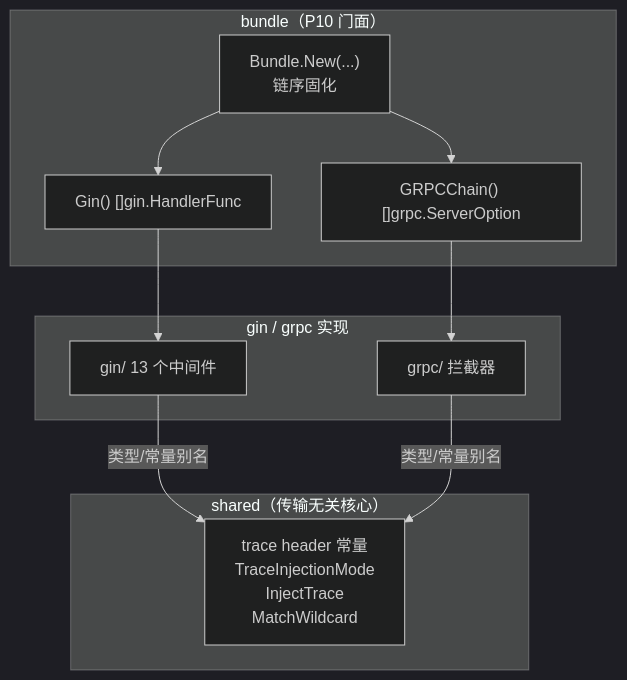
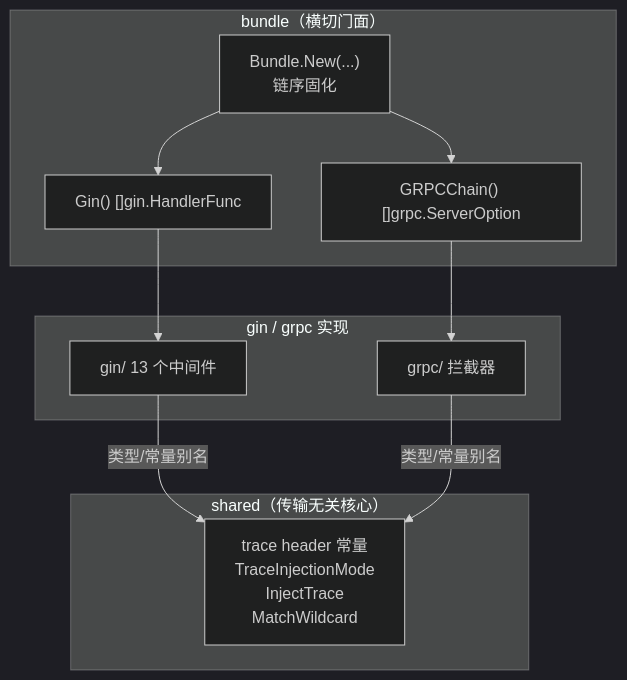
Before and after one commit to kalandramo/bald: the diagram in docs/devel/zh-CN/Bald 中间件设计.md, drawn with Mermaid (dark theme). The commit also changed other lines of this file and 27 other files, not shown here.

````diff
--- a/docs/devel/zh-CN/Bald 中间件设计.md
+++ b/docs/devel/zh-CN/Bald 中间件设计.md
@@ -48,24 +48,24 @@
 ```mermaid
 flowchart TB
-    subgraph 门面["bundle（P10 门面）"]
+    subgraph 门面["bundle（横切门面）"]
         B["Bundle.New(...)<br/>链序固化"]
         BG["Gin() []gin.HandlerFunc"]
         BGR["GRPCChain() []grpc.ServerOption"]
     end
 
     subgraph 传输["gin / grpc 实现"]
         G["gin/ 13 个中间件"]
         R["grpc/ 拦截器"]
     end
 
     subgraph 共享["shared（传输无关核心）"]
         S["trace header 常量<br/>TraceInjectionMode<br/>InjectTrace<br/>MatchWildcard"]
     end
 
     B --> BG
     B --> BGR
     BG --> G
     BGR --> R
     G -->|"类型/常量别名"| S
     R -->|"类型/常量别名"| S
 ```
````
